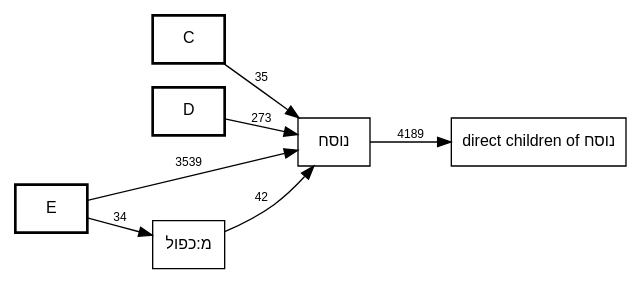
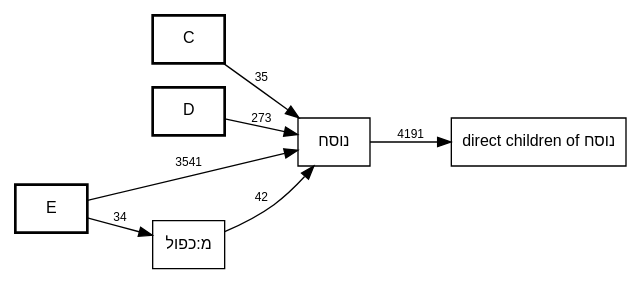
One commit to bdenckla/MAM-basics changed the diagram in out/MAM-tmpl-survey/plus-nusach-call-graph.dot. Above: the diagram before and after it, drawn with Graphviz. The commit also changed 19 other files, not shown here.

```diff
--- a/out/MAM-tmpl-survey/plus-nusach-call-graph.dot
+++ b/out/MAM-tmpl-survey/plus-nusach-call-graph.dot
@@ -1,60 +1,60 @@
 digraph template_call_graph {
     rankdir=LR;
     node [fontname="SBL Hebrew,Helvetica", fontsize=12];
     edge [fontname="Helvetica", fontsize=9];
 
     // Column nodes
     node [shape=box, style=bold];
     "C";
     "D";
     "E";
 
     // Template nodes
     node [shape=box, style=""];
     "direct children of נוסח" [tooltip="כו\"ק
 כתיב ולא קרי
 מ:אות-מיוחדת-במילה
 מ:אין פרשה בתחילת פרק
 מ:אין פרשה בתחילת פרק בספרי אמ\"ת
 מ:דחי
 מ:הערה-2
 מ:כו\"ק בין שני מקפים
 מ:כו\"ק כתיב מילה חדה וקרי תרתין מילין
 מ:כו\"ק כתיב מילה חדה וקרי תרתין מילין בין שני מקפים
 מ:כו\"ק כתיב תרתין מילין וקרי מילה חדה
 מ:כו\"ק קרי שונה מהכתיב בשתי מילים
 מ:כו\"ק של שלוש מילים בהערה אחת
 מ:כו\"ק של שתי מילים בהערה אחת
 מ:לגרמיה-2
 מ:מקף אפור
 מ:נו\"ן הפוכה
 מ:פסוק
 מ:פסק
 מ:צינור
 מ:קו\"כ כתיב מילה חדה וקרי תרתין מילין
 מ:קו\"כ קרי שונה מהכתיב בשתי מילים
 מ:קישור בהערה
 מ:קישור פנימי בהערה
 מ:קמץ
 מודגש
 סס
 ססס
 פפ
 פפפ
 קו\"כ
 קו\"כ-אם
 קרי ולא כתיב
 ר0
 ר1
 ר3
 ר4
 ש"];
 
     // Edges
     "C" -> "נוסח" [label="35"];
     "D" -> "נוסח" [label="273"];
     "E" -> "מ:כפול" [label="34"];
-    "E" -> "נוסח" [label="3539"];
+    "E" -> "נוסח" [label="3541"];
     "מ:כפול" -> "נוסח" [label="42"];
-    "נוסח" -> "direct children of נוסח" [label="4189"];
+    "נוסח" -> "direct children of נוסח" [label="4191"];
 }
```
